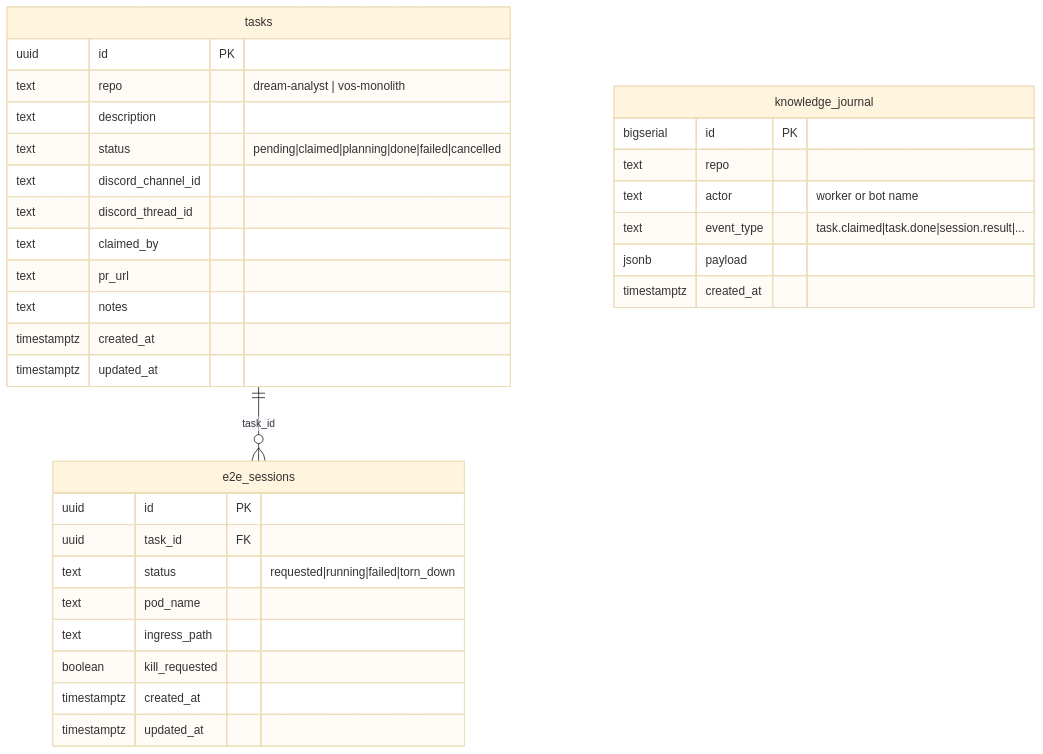
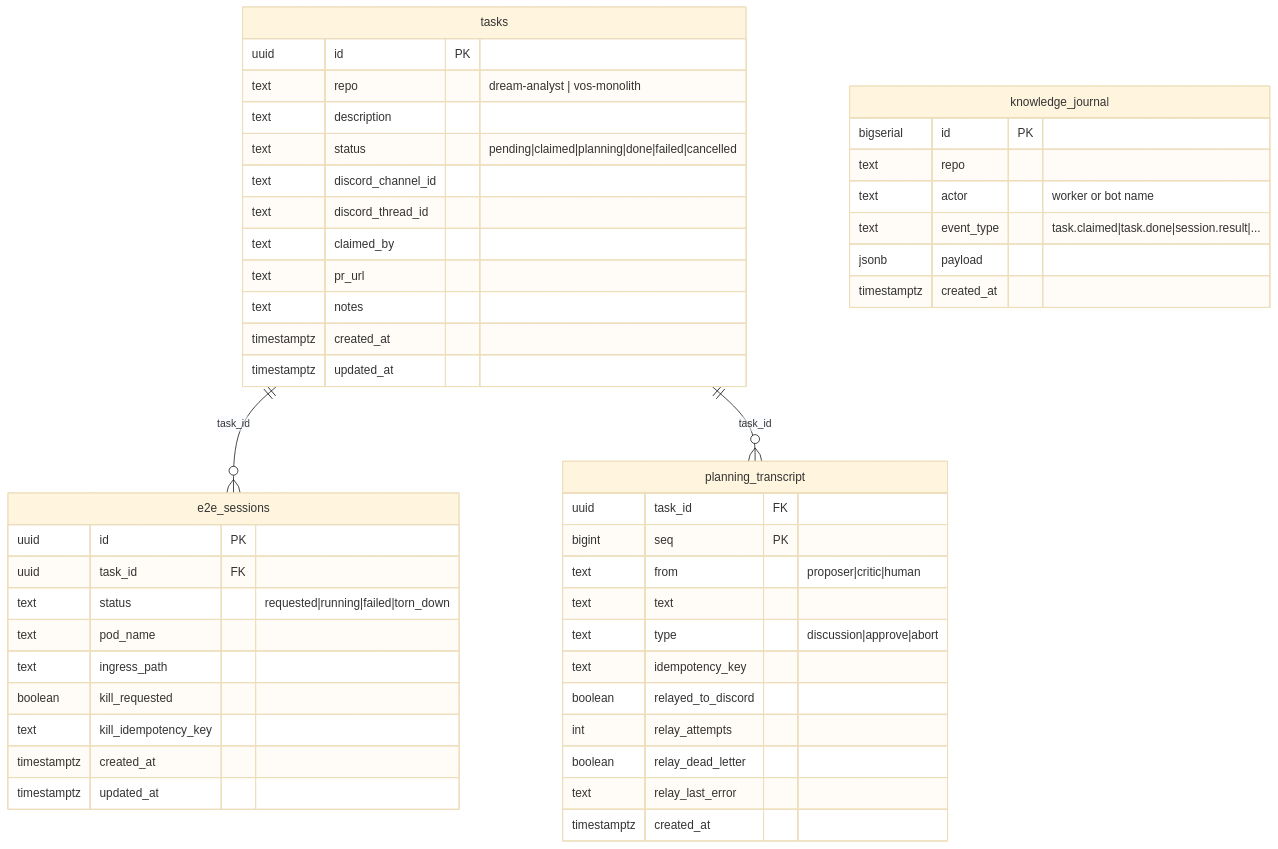
Before and after one commit to MohammadBnei/agent-fleet: the second of 2 diagrams in docs/ARCHITECTURE.md, drawn with Mermaid (base theme). The commit also changed other lines of this file and 92 other files, not shown here.

````diff
--- a/docs/ARCHITECTURE.md
+++ b/docs/ARCHITECTURE.md
@@ -175,35 +192,50 @@
 ```mermaid
 erDiagram
     tasks {
         uuid id PK
         text repo "dream-analyst | vos-monolith"
         text description
         text status "pending|claimed|planning|done|failed|cancelled"
         text discord_channel_id
         text discord_thread_id
         text claimed_by
         text pr_url
         text notes
         timestamptz created_at
         timestamptz updated_at
     }
     knowledge_journal {
         bigserial id PK
         text repo
         text actor "worker or bot name"
         text event_type "task.claimed|task.done|session.result|..."
         jsonb payload
         timestamptz created_at
     }
     e2e_sessions {
         uuid id PK
         uuid task_id FK
         text status "requested|running|failed|torn_down"
         text pod_name
         text ingress_path
         boolean kill_requested
+        text kill_idempotency_key
         timestamptz created_at
         timestamptz updated_at
     }
+    planning_transcript {
+        uuid task_id FK
+        bigint seq PK
+        text from "proposer|critic|human"
+        text text
+        text type "discussion|approve|abort"
+        text idempotency_key
+        boolean relayed_to_discord
+        int relay_attempts
+        boolean relay_dead_letter
+        text relay_last_error
+        timestamptz created_at
+    }
     tasks ||--o{ e2e_sessions : "task_id"
+    tasks ||--o{ planning_transcript : "task_id"
 ```
````
